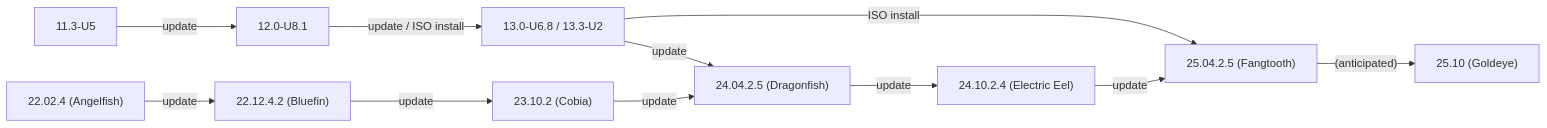
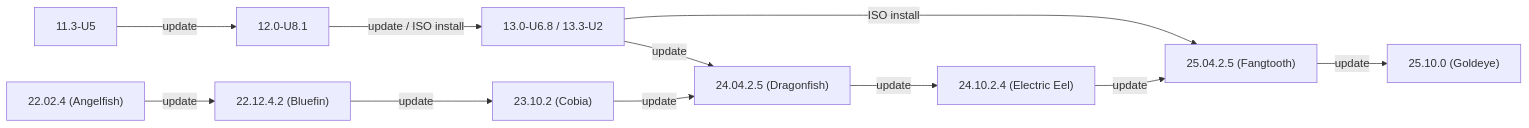
Before and after one commit to truenas/documentation: the first of 2 diagrams in static/includes/SCALEUpgradePaths.md, drawn with Mermaid.

```diff
--- a/static/includes/SCALEUpgradePaths.md
+++ b/static/includes/SCALEUpgradePaths.md
@@ -208,14 +208,14 @@
             {{< mermaid class="mermaid_sizing" >}}
             flowchart LR
               A["11.3-U5"] -->|update| B["12.0-U8.1"]
               B -->|"update / ISO install"| C["13.0-U6.8 / 13.3-U2"]
               C -->|update| G
               C -->|ISO install| I
               D["22.02.4 (Angelfish)"] -->|update| E
               E["22.12.4.2 (Bluefin)"] -->|update| F
               F["23.10.2 (Cobia)"] -->|update| G
               G["24.04.2.5 (Dragonfish)"] -->|update| H
               H["24.10.2.4 (Electric Eel)"] -->|update| I
-              I["25.04.2.5 (Fangtooth)"] -->|"(anticipated)"| J
-            J["25.10 (Goldeye)"]
+              I["25.04.2.5 (Fangtooth)"] -->|"update"| J
+            J["25.10.0 (Goldeye)"]
             {{< /mermaid >}}
```
